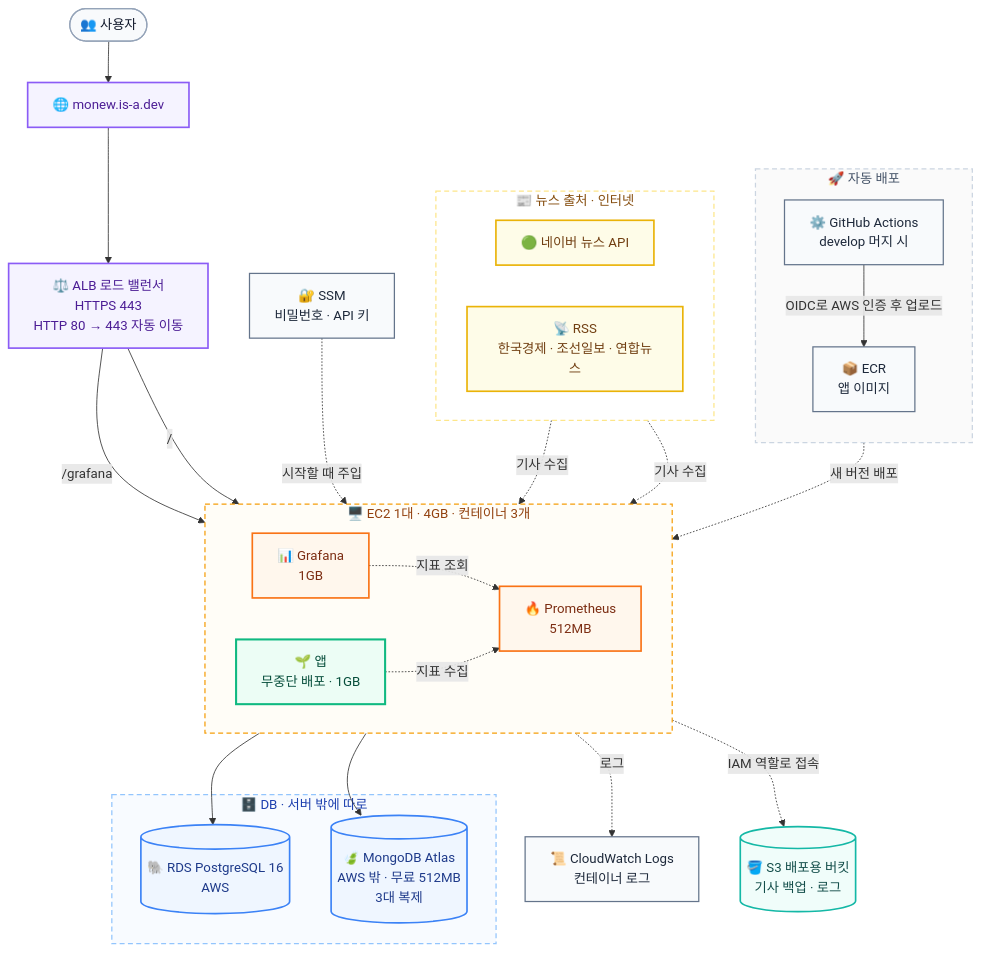
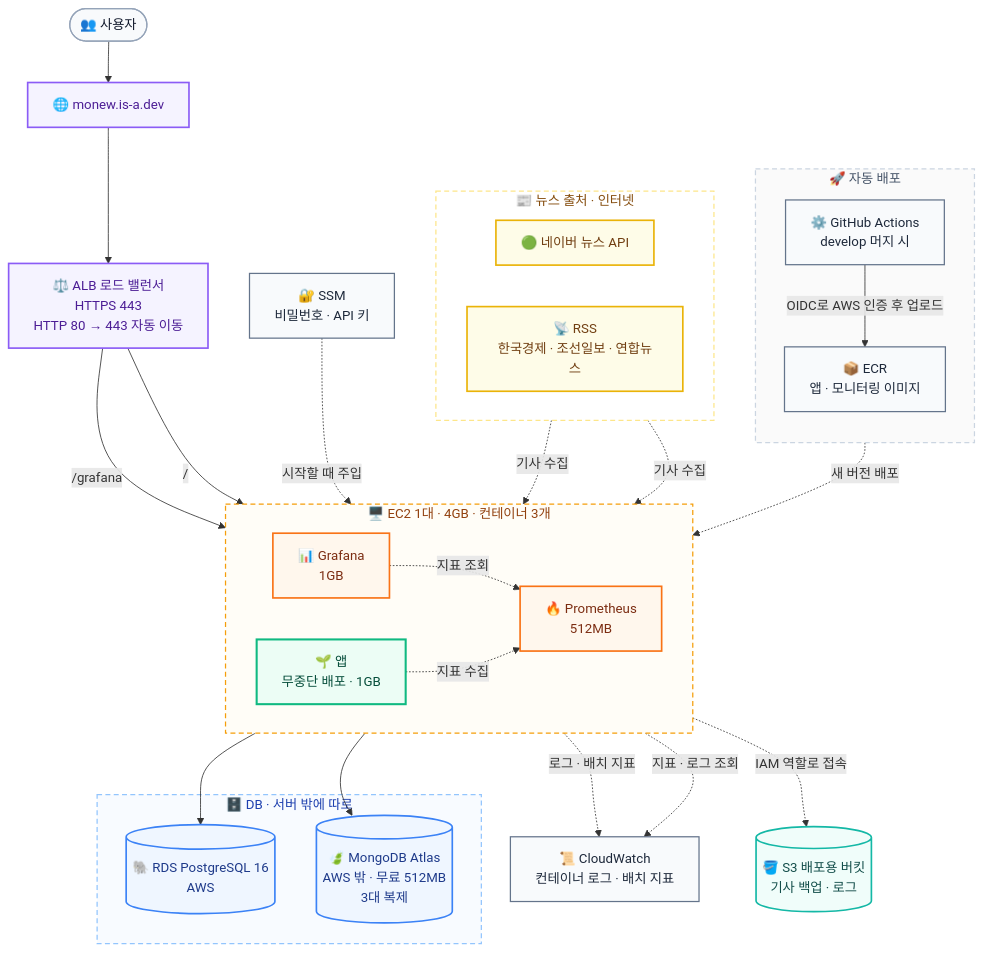
The second of 2 diagrams in README.md (SB14-HJ3S/sb14-monew-team03), drawn with Mermaid before and after one commit. The commit also changed other lines of this file and 14 other files, not shown here.

````diff
--- a/README.md
+++ b/README.md
@@ -811,73 +1020,74 @@
 ```mermaid
 %%{init: {"theme":"base","flowchart":{"curve":"basis","nodeSpacing":28,"rankSpacing":48,"padding":14,"wrappingWidth":400},"themeVariables":{"fontFamily":"-apple-system, BlinkMacSystemFont, 'Segoe UI', sans-serif","fontSize":"15px","lineColor":"#94A3B8","textColor":"#334155","edgeLabelBackground":"#FFFFFF"}}}%%
 flowchart TB
   user(["👥 사용자"])
   cf["🌐 monew.is-a.dev"]
   alb["⚖️ ALB 로드 밸런서<br/>HTTPS 443<br/>HTTP 80 → 443 자동 이동"]
 
   subgraph CD["🚀 자동 배포"]
     direction TB
     gha["⚙️ GitHub Actions<br/>develop 머지 시"]
-    ecr["📦 ECR<br/>앱 이미지"]
+    ecr["📦 ECR<br/>앱 · 모니터링 이미지"]
   end
   ssm["🔐 SSM<br/>비밀번호 · API 키"]
-  cw["📜 CloudWatch Logs<br/>컨테이너 로그"]
+  cw["📜 CloudWatch<br/>컨테이너 로그 · 배치 지표"]
 
   subgraph EC2["🖥️ EC2 1대 · 4GB · 컨테이너 3개"]
     direction LR
     graf["📊 Grafana<br/>1GB"]
     app["🌱 앱<br/>무중단 배포 · 1GB"]
     prom["🔥 Prometheus<br/>512MB"]
   end
 
   subgraph DB["🗄️ DB · 서버 밖에 따로"]
     rds[("🐘 RDS PostgreSQL 16<br/>AWS")]
     atlas[("🍃 MongoDB Atlas<br/>AWS 밖 · 무료 512MB<br/>3대 복제")]
   end
   s3[("🪣 S3 배포용 버킷<br/>기사 백업 · 로그")]
 
   subgraph NEWS["📰 뉴스 출처 · 인터넷"]
     direction LR
     naver["🟢 네이버 뉴스 API"]
     rss["📡 RSS<br/>한국경제 · 조선일보 · 연합뉴스"]
   end
 
   user --> cf --> alb
   alb -- "/grafana" --> graf
   alb -- "/" --> app
   graf -. "지표 조회" .-> prom
   app -. "지표 수집" .-> prom
   app --> atlas
   app --> rds
   prom ~~~ atlas
   prom ~~~ rds
   app -. "IAM 역할로 접속" .-> s3
   prom ~~~ s3
   naver -. "기사 수집" .-> app
   rss -. "기사 수집" .-> app
   gha -- "OIDC로 AWS 인증 후 업로드" --> ecr
   ecr -. "새 버전 배포" .-> app
   ssm -. "시작할 때 주입" .-> app
-  app -. "로그" .-> cw
+  app -. "로그 · 배치 지표" .-> cw
+  graf -. "지표 · 로그 조회" .-> cw
 
   classDef client fill:#F8FAFC,stroke:#94A3B8,stroke-width:1.5px,color:#0F172A
   classDef net fill:#F5F3FF,stroke:#8B5CF6,stroke-width:2px,color:#4C1D95
   classDef app fill:#ECFDF5,stroke:#10B981,stroke-width:2.5px,color:#064E3B
   classDef mon fill:#FFF7ED,stroke:#F97316,stroke-width:2px,color:#7C2D12
   classDef db fill:#EFF6FF,stroke:#3B82F6,stroke-width:2px,color:#1E3A8A
   classDef ops fill:#F8FAFC,stroke:#64748B,stroke-width:1.5px,color:#1E293B
   class user client
   class cf,alb net
   class app app
   class prom,graf mon
   class rds,atlas db
   classDef store fill:#F0FDFA,stroke:#14B8A6,stroke-width:2px,color:#134E4A
   class s3 store
   class ssm,ecr,gha,cw ops
   style EC2 fill:#FFFDF7,stroke:#F59E0B,stroke-width:1.5px,stroke-dasharray:6 4,color:#92400E
   style DB fill:#F8FBFF,stroke:#93C5FD,stroke-width:1.5px,stroke-dasharray:6 4,color:#1E40AF
   style CD fill:#FAFAFA,stroke:#CBD5E1,stroke-width:1.5px,stroke-dasharray:6 4,color:#475569
   classDef news fill:#FEFCE8,stroke:#EAB308,stroke-width:2px,color:#713F12
   class naver,rss news
   style NEWS fill:#FFFFFF,stroke:#FDE68A,stroke-width:1.5px,stroke-dasharray:6 4,color:#854D0E
 ```
````
